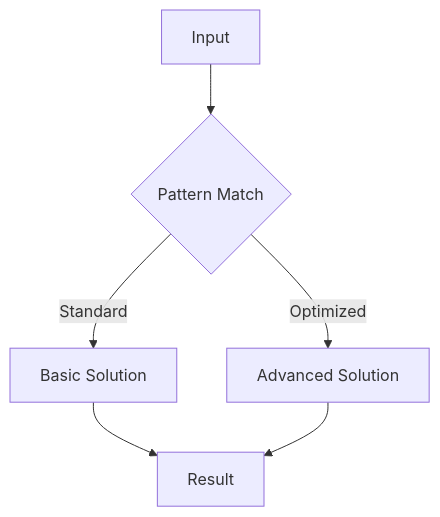
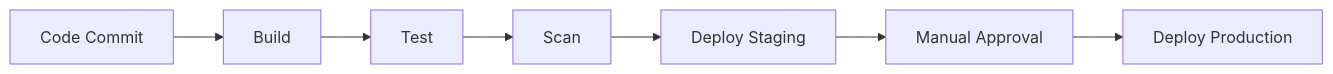
One commit to Raushan666java/ai-engineering-journey changed the second of 3 diagrams in docs/courses/ai-engineering-placement/04-git-linux-cli/06-networking-and-security.md. Above: the diagram before and after it, drawn with Mermaid. The commit also changed other lines of this file and 219 other files, not shown here.

````diff
--- a/docs/courses/ai-engineering-placement/04-git-linux-cli/06-networking-and-security.md
+++ b/docs/courses/ai-engineering-placement/04-git-linux-cli/06-networking-and-security.md
@@ -105,8 +53,9 @@
 ```mermaid
-flowchart TD
-    A[Input] --> B{Pattern Match}
-    B -->|Standard| C[Basic Solution]
-    B -->|Optimized| D[Advanced Solution]
-    C --> E[Result]
-    D --> E
+flowchart LR
+    A[Code Commit] --> B[Build]
+    B --> C[Test]
+    C --> D[Scan]
+    D --> E[Deploy Staging]
+    E --> F[Manual Approval]
+    F --> G[Deploy Production]
 ```
````
